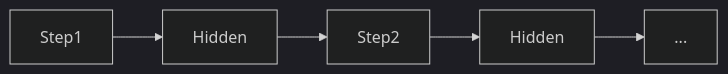
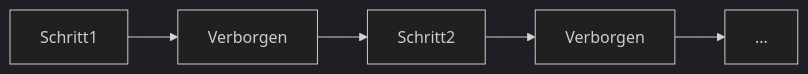
One commit to EmersonBraun/ai-summary-hub changed the diagram in i18n/de/docusaurus-plugin-content-docs/current/neural-networks/rnn.md. Above: the diagram before and after it, drawn with Mermaid (dark theme). The commit also changed other lines of this file and 384 other files, not shown here.

````diff
--- a/i18n/de/docusaurus-plugin-content-docs/current/neural-networks/rnn.md
+++ b/i18n/de/docusaurus-plugin-content-docs/current/neural-networks/rnn.md
@@ -17,7 +17,7 @@
 ```mermaid
 flowchart LR
-  Step1[Step1] --> Hidden[Hidden]
-  Hidden --> Step2[Step2]
-  Step2 --> Hidden2[Hidden]
+  Step1[Schritt1] --> Hidden[Verborgen]
+  Hidden --> Step2[Schritt2]
+  Step2 --> Hidden2[Verborgen]
   Hidden2 --> More[...]
 ```
````
